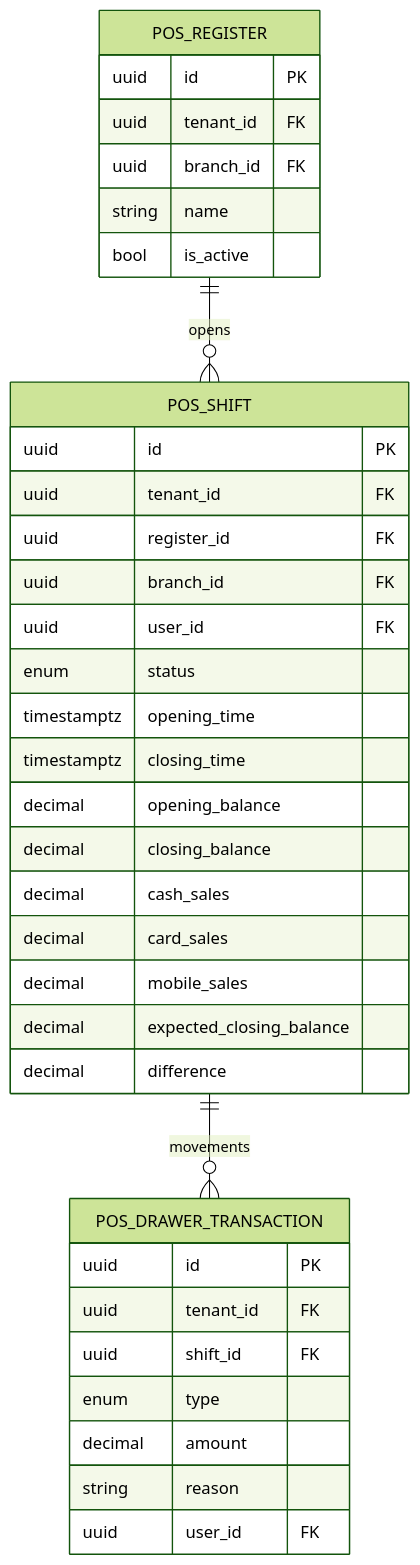
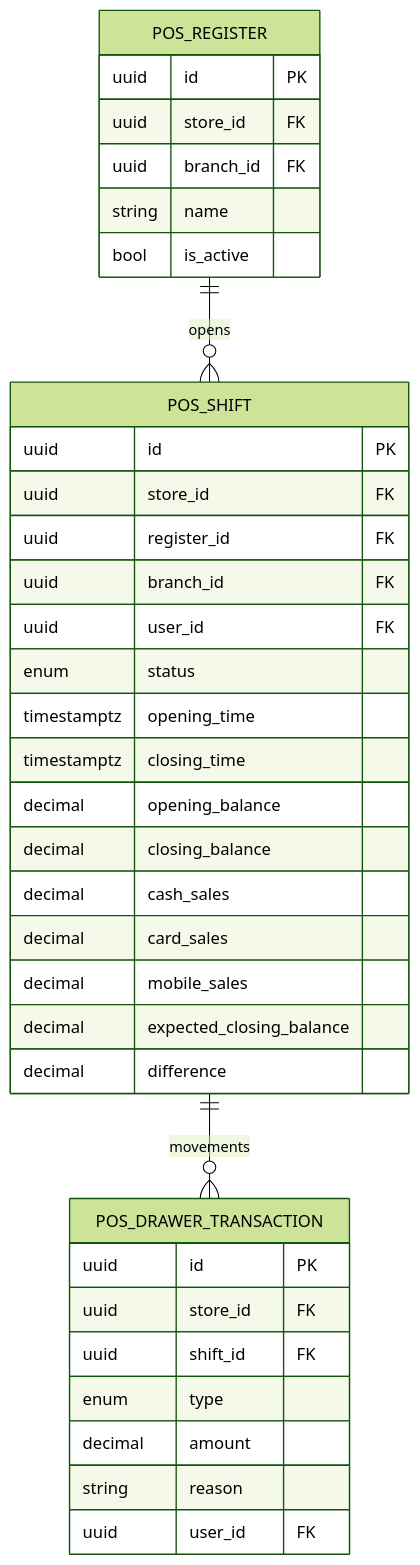
Before and after one commit to gowtamkumar/eCommerce-multi-store-saas-erp: the sixth of 14 diagrams in doc/system-design/erp_master_database_design.md, drawn with Mermaid (forest theme). The commit also changed other lines of this file and 764 other files, not shown here.

````diff
--- a/doc/system-design/erp_master_database_design.md
+++ b/doc/system-design/erp_master_database_design.md
@@ -593,39 +593,39 @@
 ```mermaid
 erDiagram
   POS_REGISTER {
     uuid id PK
-    uuid tenant_id FK
+    uuid store_id FK
     uuid branch_id FK
     string name
     bool is_active
   }
   POS_SHIFT {
     uuid id PK
-    uuid tenant_id FK
+    uuid store_id FK
     uuid register_id FK
     uuid branch_id FK
     uuid user_id FK
     enum status
     timestamptz opening_time
     timestamptz closing_time
     decimal opening_balance
     decimal closing_balance
     decimal cash_sales
     decimal card_sales
     decimal mobile_sales
     decimal expected_closing_balance
     decimal difference
   }
   POS_DRAWER_TRANSACTION {
     uuid id PK
-    uuid tenant_id FK
+    uuid store_id FK
     uuid shift_id FK
     enum type
     decimal amount
     string reason
     uuid user_id FK
   }
 
   POS_REGISTER ||--o{ POS_SHIFT                  : "opens"
   POS_SHIFT ||--o{ POS_DRAWER_TRANSACTION        : "movements"
 ```
````
